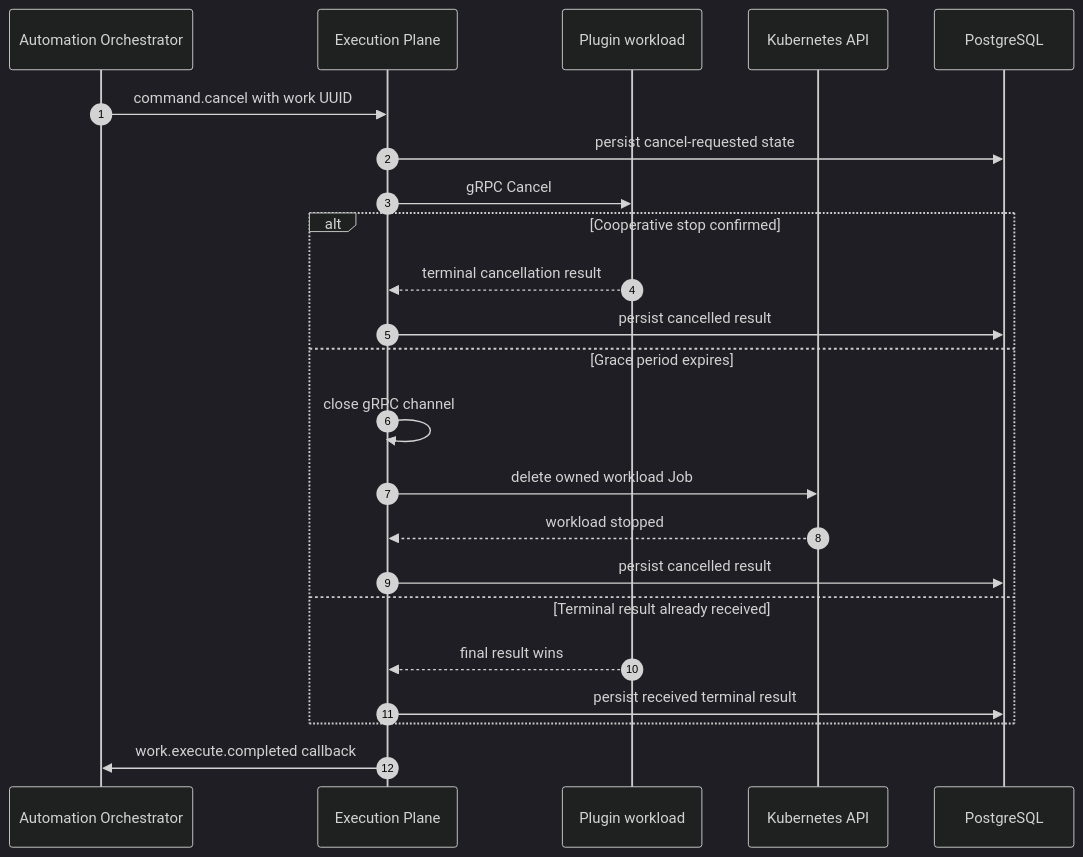
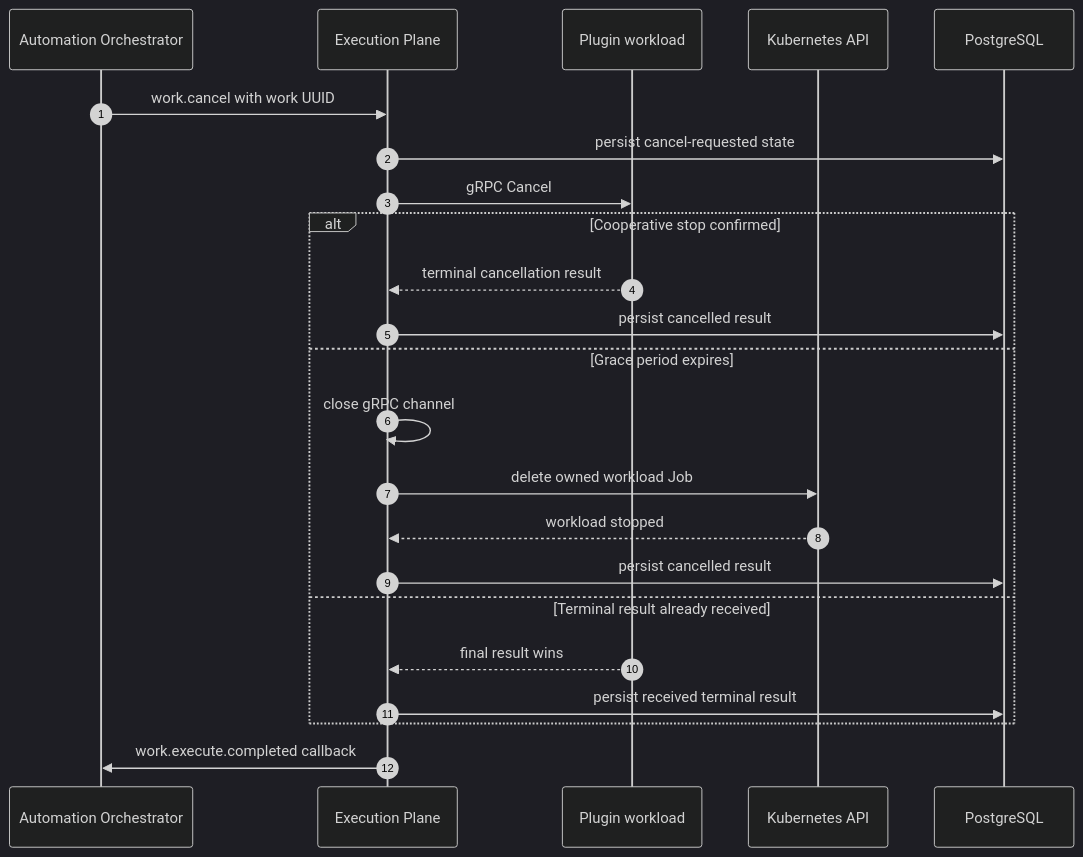
Before and after one commit to syntara-orchestration/syntara-execution-plane: the seventh of 10 diagrams in docs/architecture.md, drawn with Mermaid (dark theme). The commit also changed other lines of this file and 37 other files, not shown here.

````diff
--- a/docs/architecture.md
+++ b/docs/architecture.md
@@ -239,26 +239,26 @@
 ```mermaid
 sequenceDiagram
     autonumber
     participant AO as Automation Orchestrator
     participant EP as Execution Plane
     participant Workload as Plugin workload
     participant Kube as Kubernetes API
     participant DB as PostgreSQL
 
-    AO->>EP: command.cancel with work UUID
+    AO->>EP: work.cancel with work UUID
     EP->>DB: persist cancel-requested state
     EP->>Workload: gRPC Cancel
     alt Cooperative stop confirmed
         Workload-->>EP: terminal cancellation result
         EP->>DB: persist cancelled result
     else Grace period expires
         EP->>EP: close gRPC channel
         EP->>Kube: delete owned workload Job
         Kube-->>EP: workload stopped
         EP->>DB: persist cancelled result
     else Terminal result already received
         Workload-->>EP: final result wins
         EP->>DB: persist received terminal result
     end
     EP->>AO: work.execute.completed callback
 ```
````
